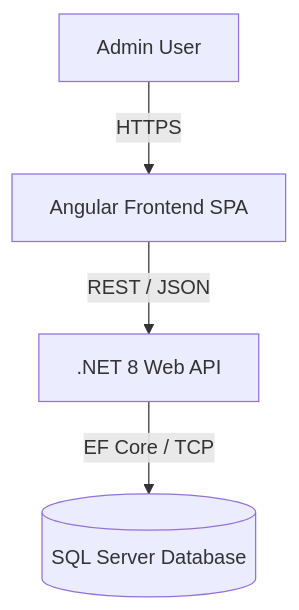
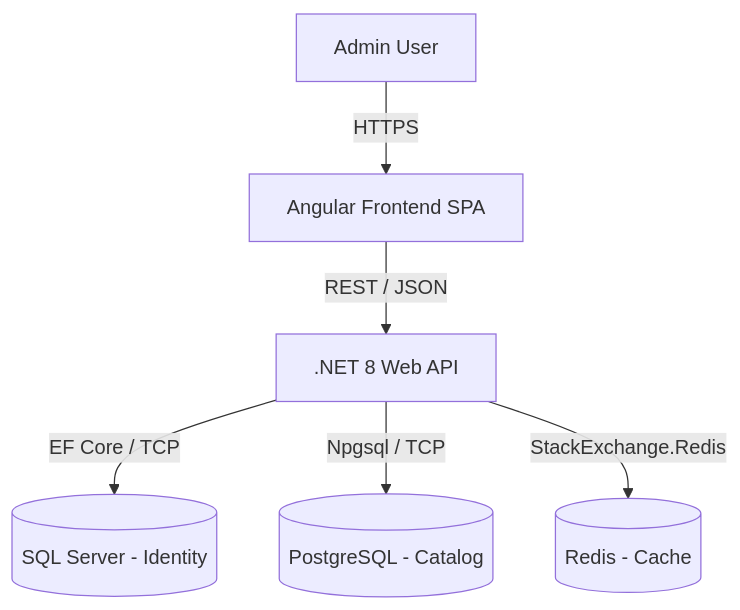
The first of 3 diagrams in docs/SDD.md (yogeshkajala/ecommerce-admin-dashboard), drawn with Mermaid before and after one commit. The commit also changed 1 other file, not shown here.

Commit message:
feat: implement polyglot persistence strategy with PostgreSQL and Redis (Radish)

````diff
--- a/docs/SDD.md
+++ b/docs/SDD.md
@@ -26,6 +26,8 @@
 ```mermaid
 graph TD
     A[Admin User] -->|HTTPS| B[Angular Frontend SPA]
     B -->|REST / JSON| C[.NET 8 Web API]
-    C -->|EF Core / TCP| D[(SQL Server Database)]
+    C -->|EF Core / TCP| D[(SQL Server - Identity)]
+    C -->|Npgsql / TCP| E[(PostgreSQL - Catalog)]
+    C -->|StackExchange.Redis| F[(Redis - Cache)]
 ```
````
